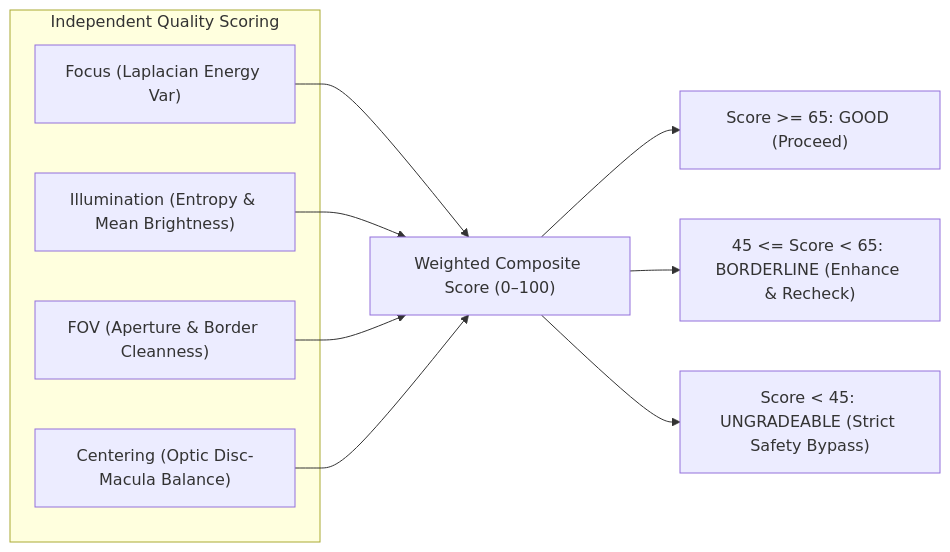
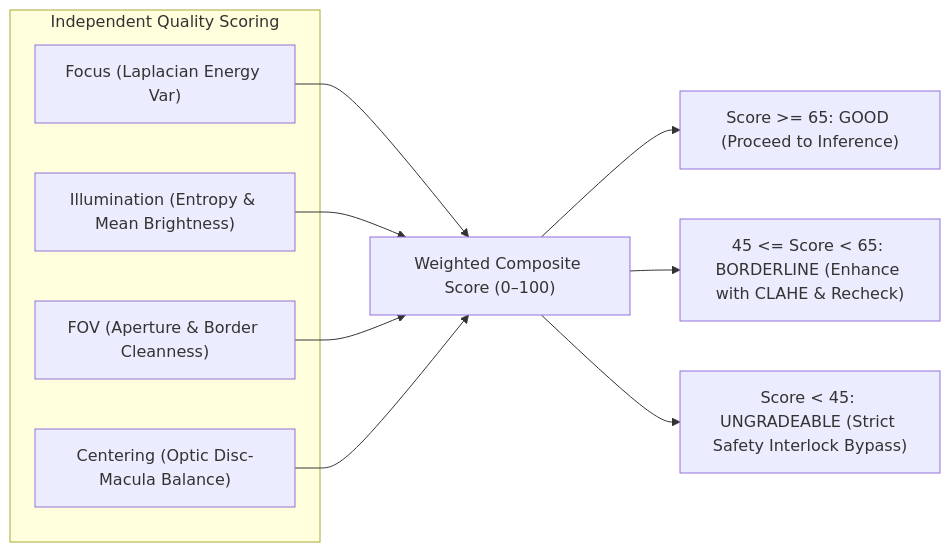
Before and after one commit to Daksh-create349/sih-dr-screening-xai: the second of 2 diagrams in README.md, drawn with Mermaid. The commit also changed other lines of this file and 17 other files, not shown here.

````diff
--- a/README.md
+++ b/README.md
@@ -192,15 +315,15 @@
 ```mermaid
 graph LR
     subgraph IQA_METRICS ["Independent Quality Scoring"]
         M1["Focus (Laplacian Energy Var)"]
         M2["Illumination (Entropy & Mean Brightness)"]
         M3["FOV (Aperture & Border Cleanness)"]
         M4["Centering (Optic Disc-Macula Balance)"]
     end
     
     M1 & M2 & M3 & M4 --> COMP["Weighted Composite Score (0–100)"]
     
-    COMP --> G1["Score >= 65: GOOD (Proceed)"]
-    COMP --> G2["45 <= Score < 65: BORDERLINE (Enhance & Recheck)"]
-    COMP --> G3["Score < 45: UNGRADEABLE (Strict Safety Bypass)"]
+    COMP --> G1["Score >= 65: GOOD (Proceed to Inference)"]
+    COMP --> G2["45 <= Score < 65: BORDERLINE (Enhance with CLAHE & Recheck)"]
+    COMP --> G3["Score < 45: UNGRADEABLE (Strict Safety Interlock Bypass)"]
 ```
````
